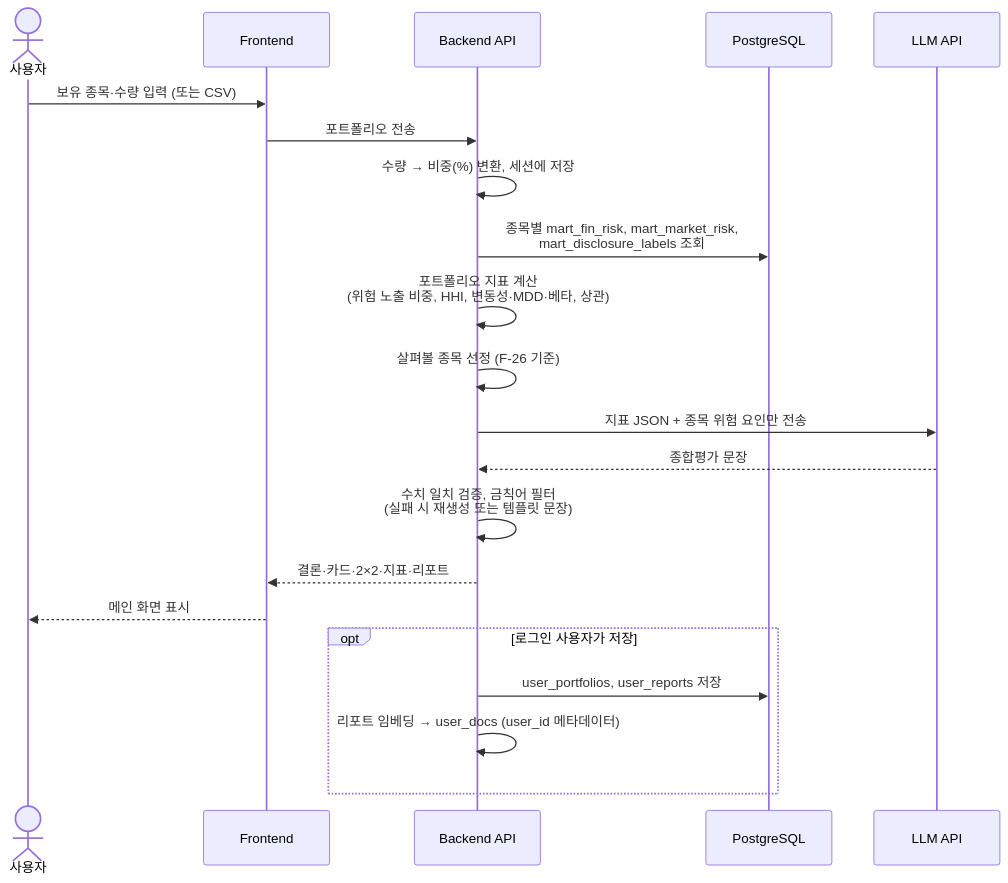
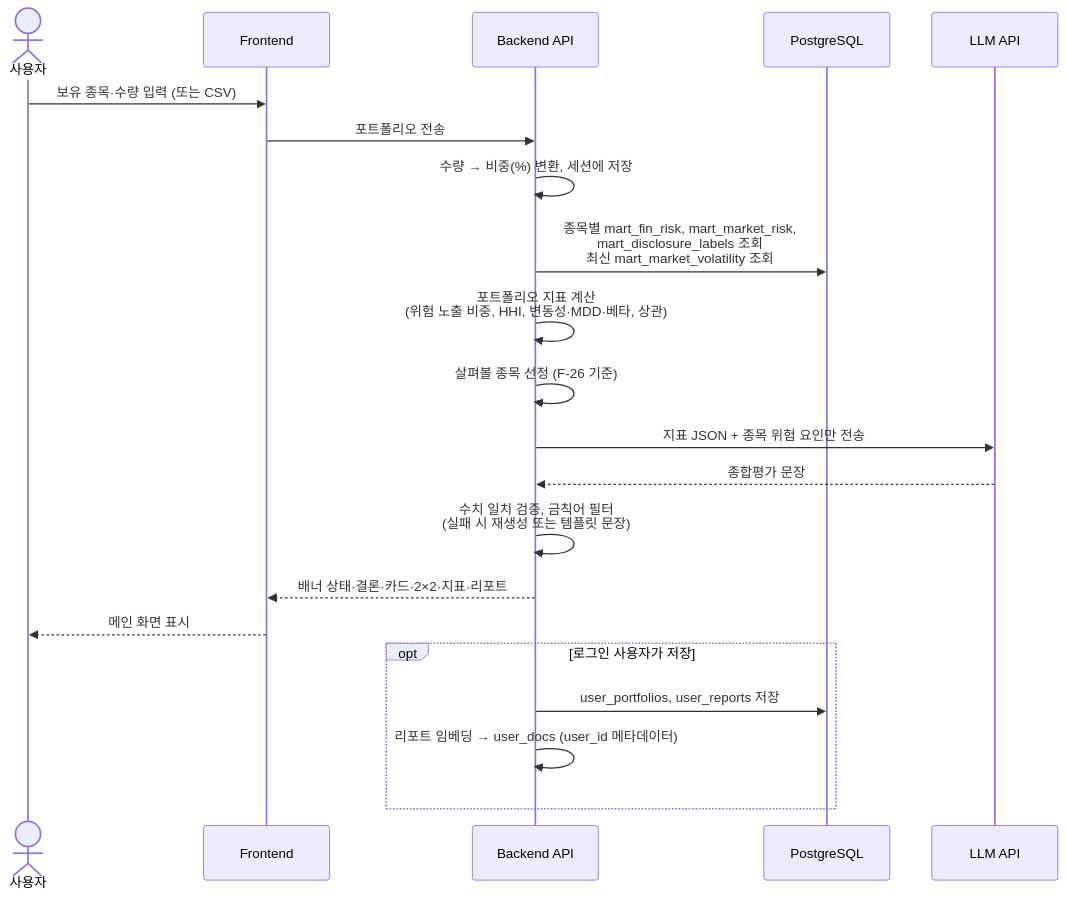
One commit to Hyeonwoo01/finance_final_prj changed the second of 4 diagrams in docs/system_architecture.md. Above: the diagram before and after it, drawn with Mermaid. The commit also changed other lines of this file and 1 other file, not shown here.

````diff
--- a/docs/system_architecture.md
+++ b/docs/system_architecture.md
@@ -107,24 +108,24 @@
 ```mermaid
 sequenceDiagram
     actor U as 사용자
     participant F as Frontend
     participant B as Backend API
     participant DB as PostgreSQL
     participant L as LLM API
 
     U->>F: 보유 종목·수량 입력 (또는 CSV)
     F->>B: 포트폴리오 전송
     B->>B: 수량 → 비중(%) 변환, 세션에 저장
-    B->>DB: 종목별 mart_fin_risk, mart_market_risk,<br/>mart_disclosure_labels 조회
+    B->>DB: 종목별 mart_fin_risk, mart_market_risk,<br/>mart_disclosure_labels 조회<br/>최신 mart_market_volatility 조회
     B->>B: 포트폴리오 지표 계산<br/>(위험 노출 비중, HHI, 변동성·MDD·베타, 상관)
     B->>B: 살펴볼 종목 선정 (F-26 기준)
     B->>L: 지표 JSON + 종목 위험 요인만 전송
     L-->>B: 종합평가 문장
     B->>B: 수치 일치 검증, 금칙어 필터<br/>(실패 시 재생성 또는 템플릿 문장)
-    B-->>F: 결론·카드·2×2·지표·리포트
+    B-->>F: 배너 상태·결론·카드·2×2·지표·리포트
     F-->>U: 메인 화면 표시
     opt 로그인 사용자가 저장
         B->>DB: user_portfolios, user_reports 저장
         B->>B: 리포트 임베딩 → user_docs (user_id 메타데이터)
     end
 ```
````
